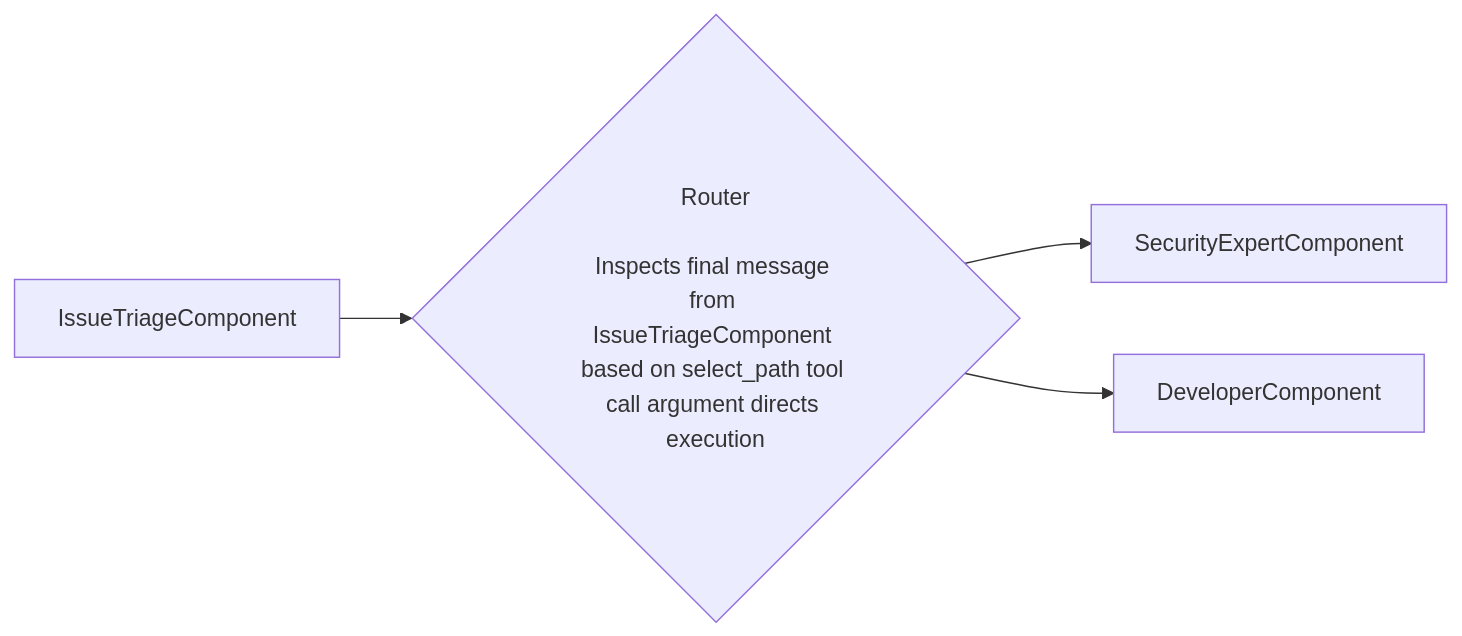
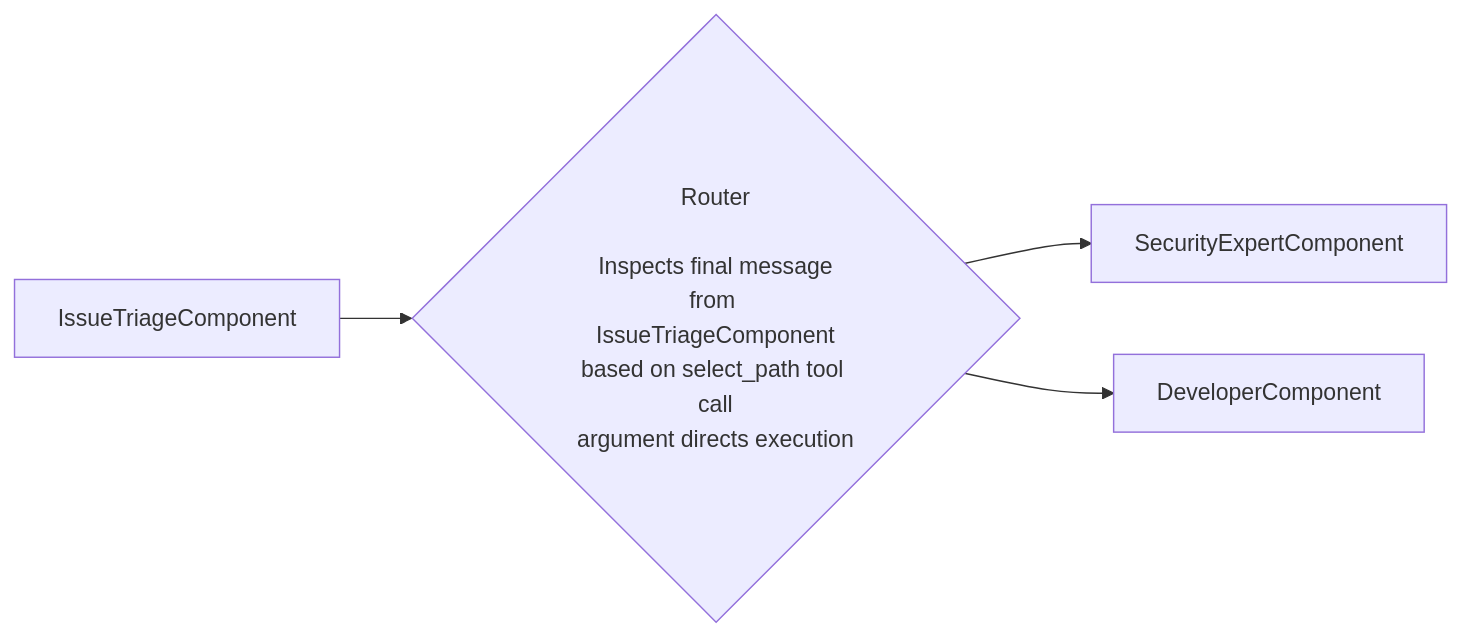
One commit to zalyoung/gitlab-handbook changed the fifth of 5 diagrams in content/handbook/engineering/architecture/design-documents/ai_agent_registry/_index.md. Above: the diagram before and after it, drawn with Mermaid. The commit also changed other lines of this file, not shown here.

````diff
--- a/content/handbook/engineering/architecture/design-documents/ai_agent_registry/_index.md
+++ b/content/handbook/engineering/architecture/design-documents/ai_agent_registry/_index.md
@@ -259,6 +262,6 @@
 ```mermaid
 flowchart LR
-    Start[IssueTriageComponent] --> Router{"Router<br><br>Inspects final message from IssueTriageComponent based on select_path tool call argument directs execution"}
+    Start[IssueTriageComponent] --> Router{"Router<br><br>Inspects final message<br>from IssueTriageComponent<br>based on select_path tool call<br>argument directs execution"}
     Router --> Proceed[SecurityExpertComponent]
     Router --> Error[DeveloperComponent]
 ```
````
